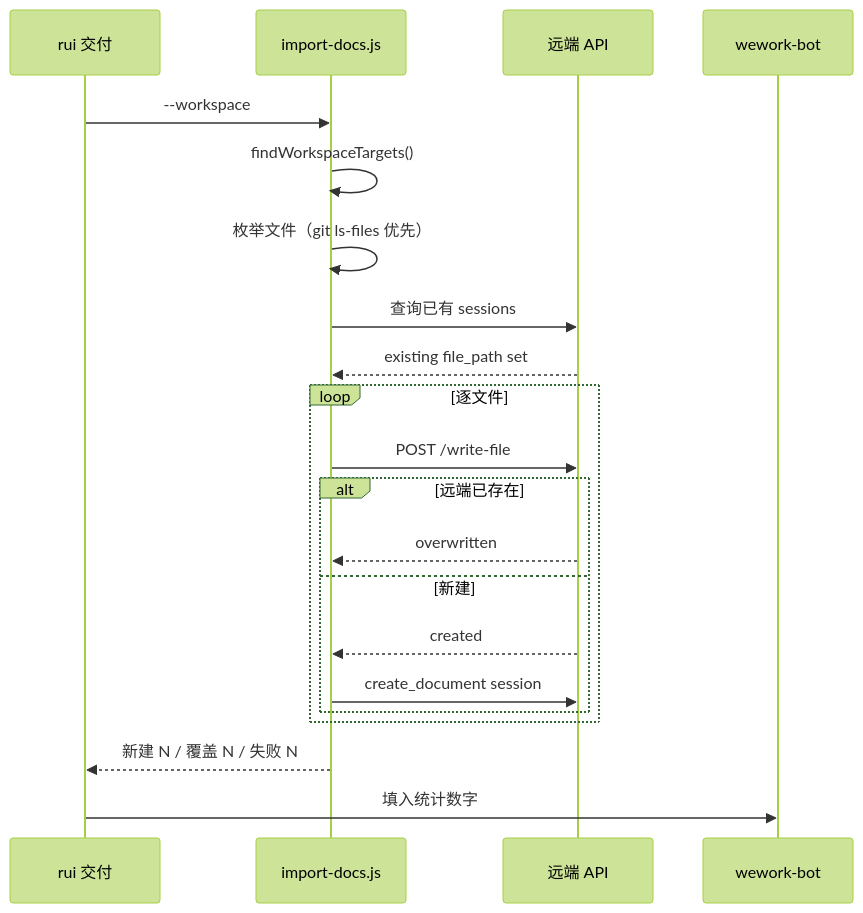
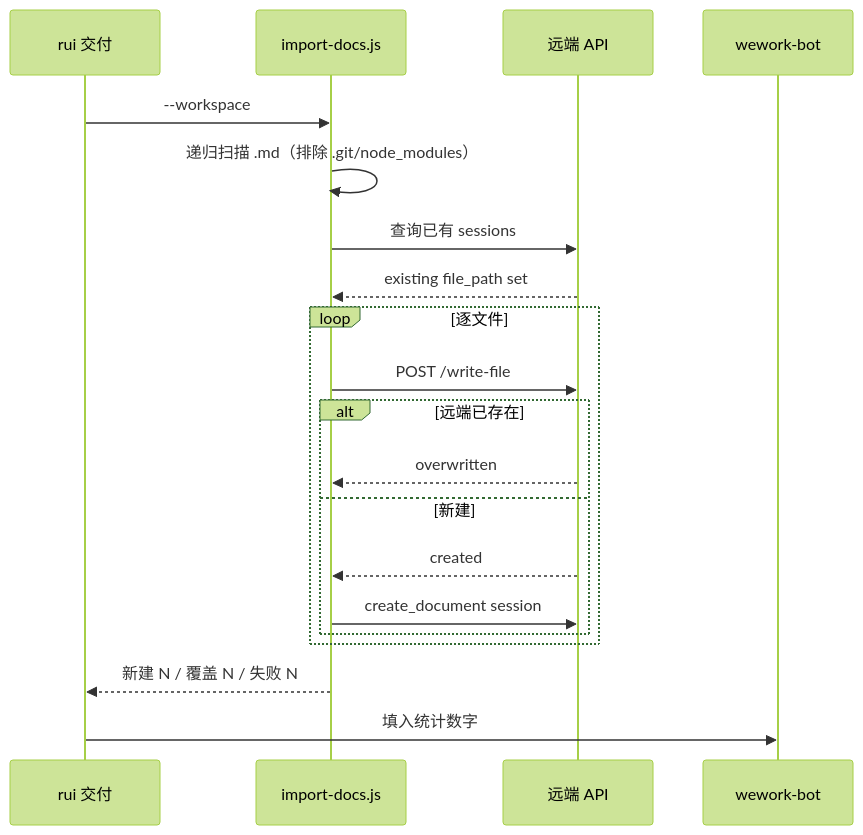
The second of 2 diagrams in skills/import-docs/SKILL.md (effiy/YrY), drawn with Mermaid (forest theme) before and after one commit. The commit also changed other lines of this file and 26 other files, not shown here.

````diff
--- a/skills/import-docs/SKILL.md
+++ b/skills/import-docs/SKILL.md
@@ -60,24 +41,23 @@
 ```mermaid
 sequenceDiagram
     participant RUI as rui 交付
     participant CMD as import-docs.js
     participant API as 远端 API
     participant WW as wework-bot
 
     RUI->>CMD: --workspace
-    CMD->>CMD: findWorkspaceTargets()
-    CMD->>CMD: 枚举文件（git ls-files 优先）
+    CMD->>CMD: 递归扫描 .md（排除 .git/node_modules）
     CMD->>API: 查询已有 sessions
     API-->>CMD: existing file_path set
     loop 逐文件
         CMD->>API: POST /write-file
         alt 远端已存在
             API-->>CMD: overwritten
         else 新建
             API-->>CMD: created
             CMD->>API: create_document session
         end
     end
     CMD-->>RUI: 新建 N / 覆盖 N / 失败 N
     RUI->>WW: 填入统计数字
 ```
````
